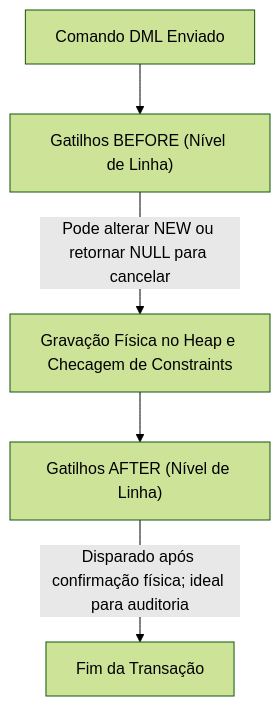
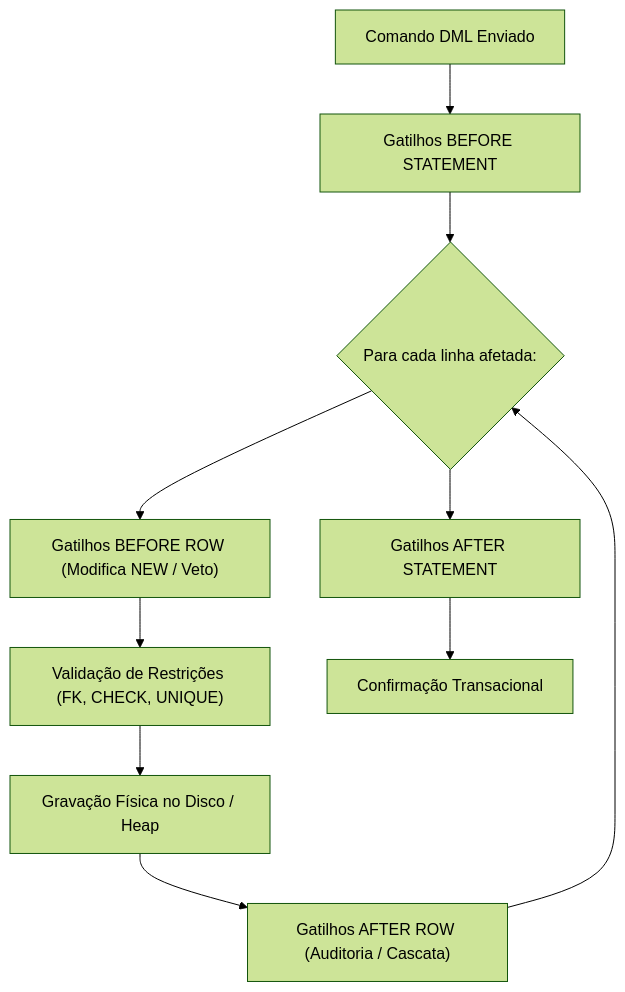
Before and after one commit to murilolol/unifef: diagram 11 of 11 in 4º Semestre/[Prof. Welington Garcia] Tópicos Avançados em Banco de Dados/Resumos-IA/Simulados-Comentados.md, drawn with Mermaid (forest theme). The commit also changed other lines of this file and 58 other files, not shown here.

````diff
--- a/4º Semestre/[Prof. Welington Garcia] Tópicos Avançados em Banco de Dados/Resumos-IA/Simulados-Comentados.md
+++ b/4º Semestre/[Prof. Welington Garcia] Tópicos Avançados em Banco de Dados/Resumos-IA/Simulados-Comentados.md
@@ -953,7 +1292,12 @@
 ```mermaid
 flowchart TD
-  Cmd["Comando DML Enviado"] --> B_Row["Gatilhos BEFORE (Nível de Linha)"]
-  B_Row -->|"Pode alterar NEW ou retornar NULL para cancelar"| Storage["Gravação Física no Heap e Checagem de Constraints"]
-  Storage --> A_Row["Gatilhos AFTER (Nível de Linha)"]
-  A_Row -->|"Disparado após confirmação física; ideal para auditoria"| EndCmd["Fim da Transação"]
+    DML["Comando DML Enviado"] --> BStmt["Gatilhos BEFORE STATEMENT"]
+    BStmt --> LoopLinhas{"Para cada linha afetada:"}
+    LoopLinhas --> BRow["Gatilhos BEFORE ROW (Modifica NEW / Veto)"]
+    BRow --> Constraints["Validação de Restrições (FK, CHECK, UNIQUE)"]
+    Constraints --> Heap["Gravação Física no Disco / Heap"]
+    Heap --> ARow["Gatilhos AFTER ROW (Auditoria / Cascata)"]
+    ARow --> LoopLinhas
+    LoopLinhas --> AStmt["Gatilhos AFTER STATEMENT"]
+    AStmt --> Final["Confirmação Transacional"]
 ```
````
